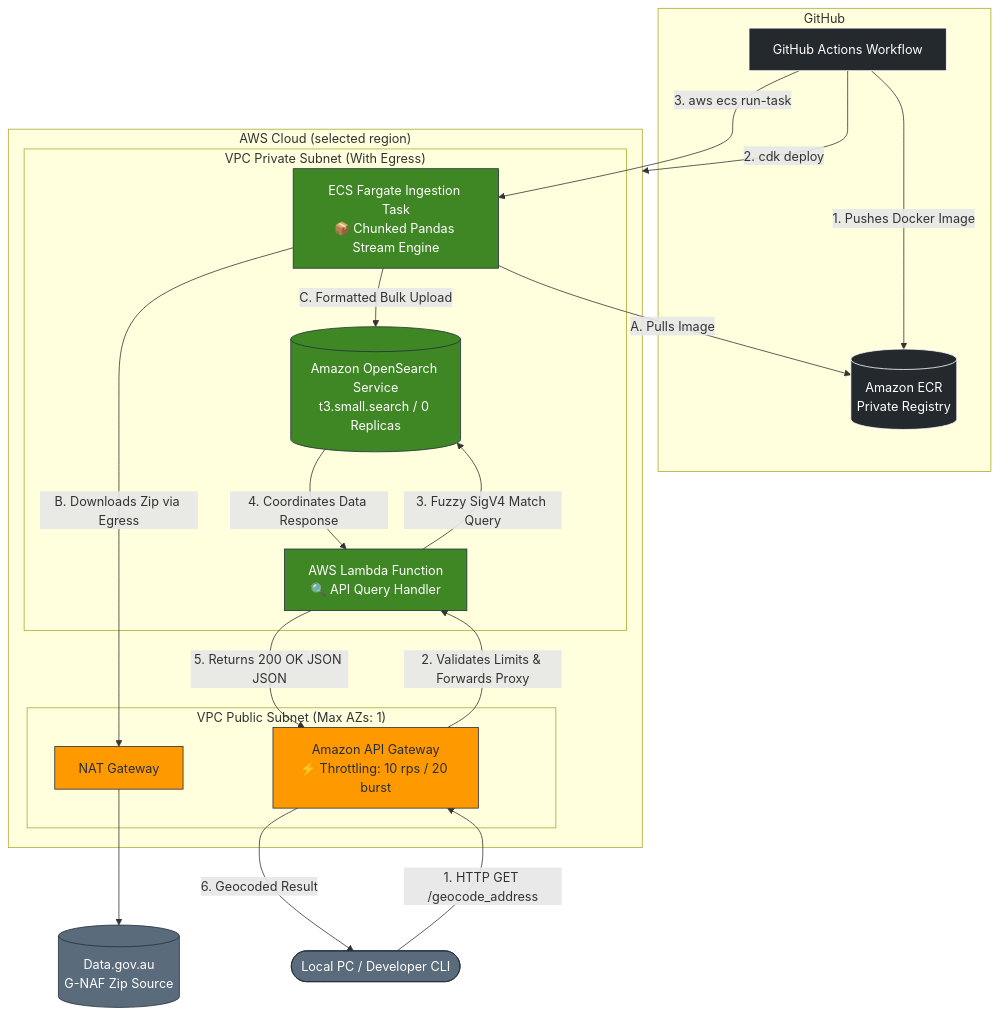
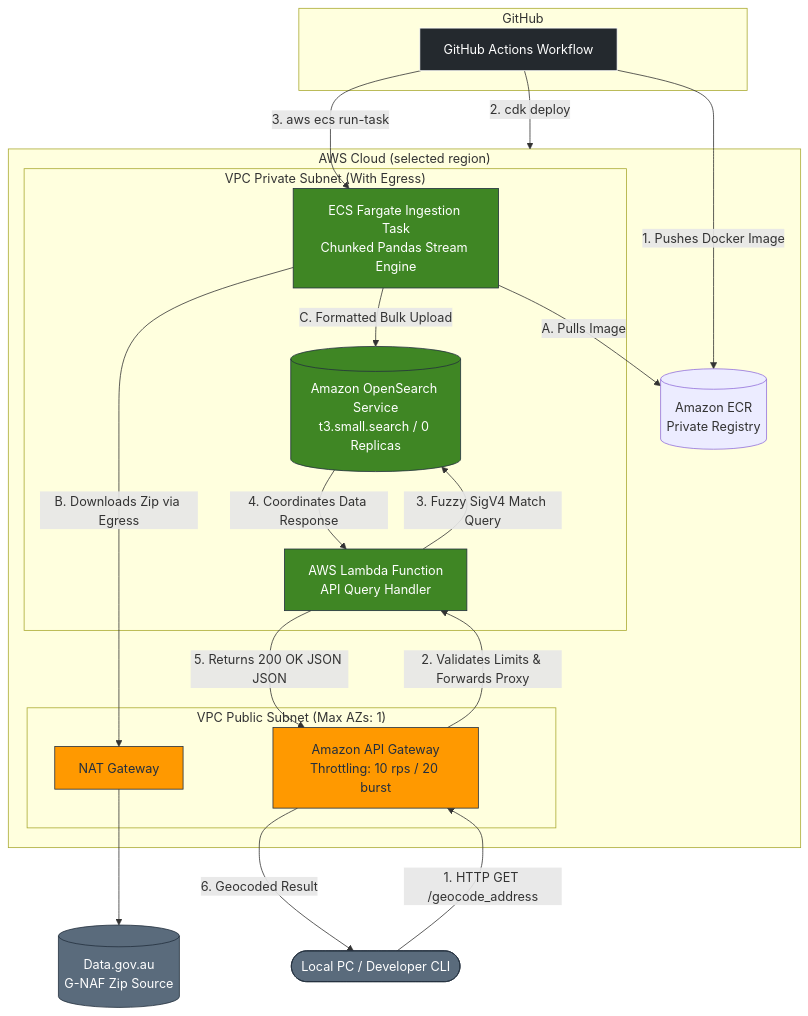
The diagram in README.md (cutajara/Geocoder), drawn with Mermaid before and after one commit. The commit also changed other lines of this file, not shown here.

````diff
--- a/README.md
+++ b/README.md
@@ -6,55 +6,54 @@
 ```mermaid
-
 graph TD
     %% Define Styles
     classDef github fill:#24292e,stroke:#fff,stroke-width:1px,color:#fff;
     classDef awsPublic fill:#FF9900,stroke:#232F3E,stroke-width:1px,color:#232F3E;
     classDef awsPrivate fill:#3F8624,stroke:#232F3E,stroke-width:1px,color:#fff;
     classDef external fill:#5A6B7C,stroke:#232F3E,stroke-width:1px,color:#fff;
 
     %% External & CI/CD
     subgraph GitHub_Platform ["GitHub"]
         GA[GitHub Actions Workflow]:::github
-        ECR[(Amazon ECR<br>Private Registry)]:::github
+        
     end
 
     User([Local PC / Developer CLI]):::external
     DataGov[(Data.gov.au<br>G-NAF Zip Source)]:::external
 
     %% AWS Cloud Infrastructure
     subgraph AWS_Cloud ["AWS Cloud (selected region)"]
-        
+        ECR[(Amazon ECR<br>Private Registry)]
         %% Public Layer
         subgraph Public_Subnet ["VPC Public Subnet (Max AZs: 1)"]
-            APIGW[Amazon API Gateway<br>⚡ Throttling: 10 rps / 20 burst]:::awsPublic
+            APIGW[Amazon API Gateway<br>Throttling: 10 rps / 20 burst]:::awsPublic
             NAT[NAT Gateway]:::awsPublic
         end
 
         %% Private Layer
         subgraph Private_Subnet ["VPC Private Subnet (With Egress)"]
-            Fargate[ECS Fargate Ingestion Task<br>📦 Chunked Pandas Stream Engine]:::awsPrivate
-            Lambda[AWS Lambda Function<br>🔍 API Query Handler]:::awsPrivate
+            Fargate[ECS Fargate Ingestion Task<br>Chunked Pandas Stream Engine]:::awsPrivate
+            Lambda[AWS Lambda Function<br>API Query Handler]:::awsPrivate
             OpenSearch[(Amazon OpenSearch Service<br>t3.small.search / 0 Replicas)]:::awsPrivate
         end
 
     end
 
     %% CI/CD Flow
     GA -->|1. Pushes Docker Image| ECR
     GA -->|2. cdk deploy| AWS_Cloud
     GA -->|3. aws ecs run-task| Fargate
 
     %% Ingestion Pipeline Flow
     Fargate -->|A. Pulls Image| ECR
     Fargate -->|B. Downloads Zip via Egress| NAT
     NAT --> DataGov
     Fargate -->|C. Formatted Bulk Upload| OpenSearch
 
     %% Live Runtime / API Traffic Flow
     User -->|1. HTTP GET /geocode_address| APIGW
     APIGW -->|2. Validates Limits & Forwards Proxy| Lambda
     Lambda -->|3. Fuzzy SigV4 Match Query| OpenSearch
     OpenSearch -->|4. Coordinates Data Response| Lambda
     Lambda -->|5. Returns 200 OK JSON JSON| APIGW
     APIGW -->|6. Geocoded Result| User
 ```
````
